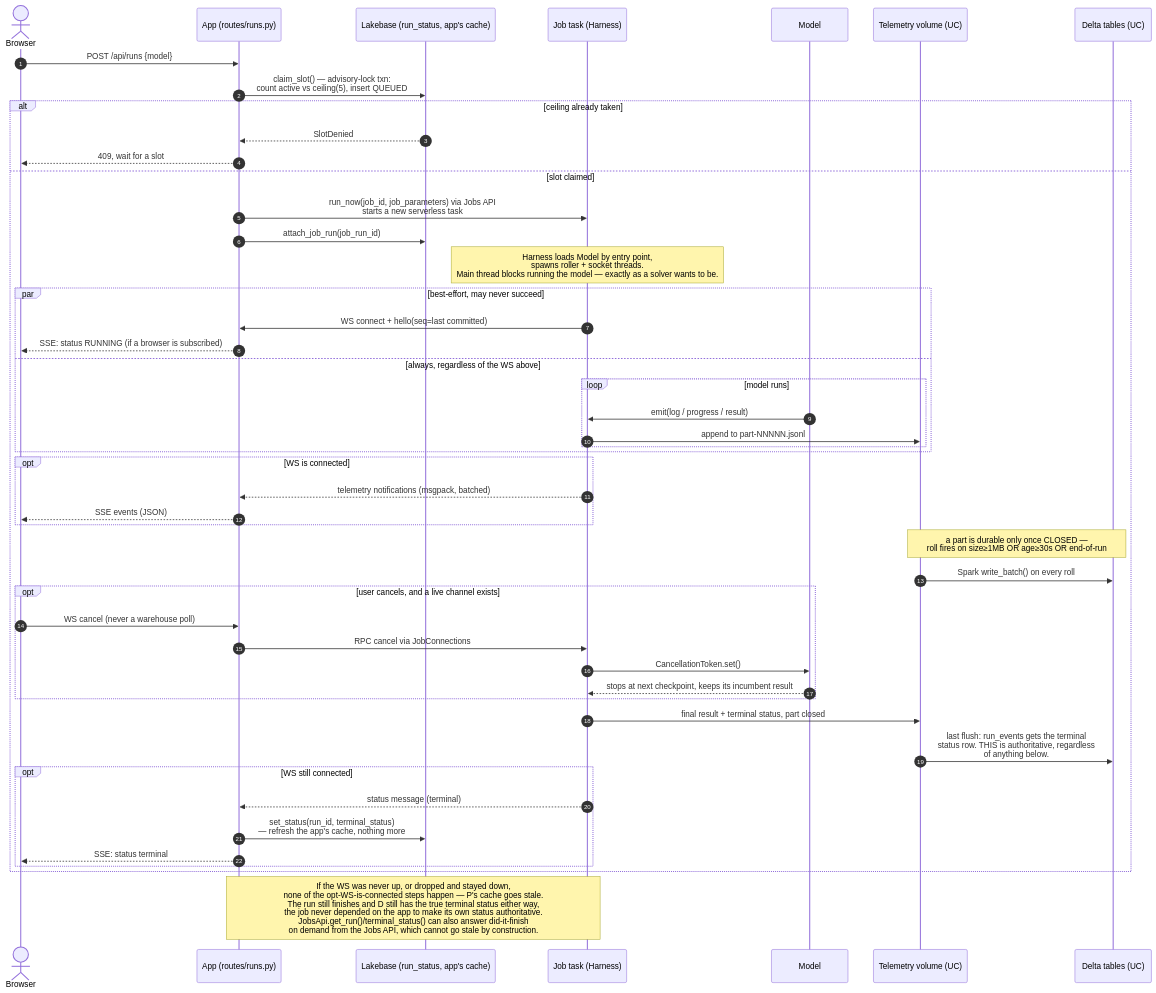
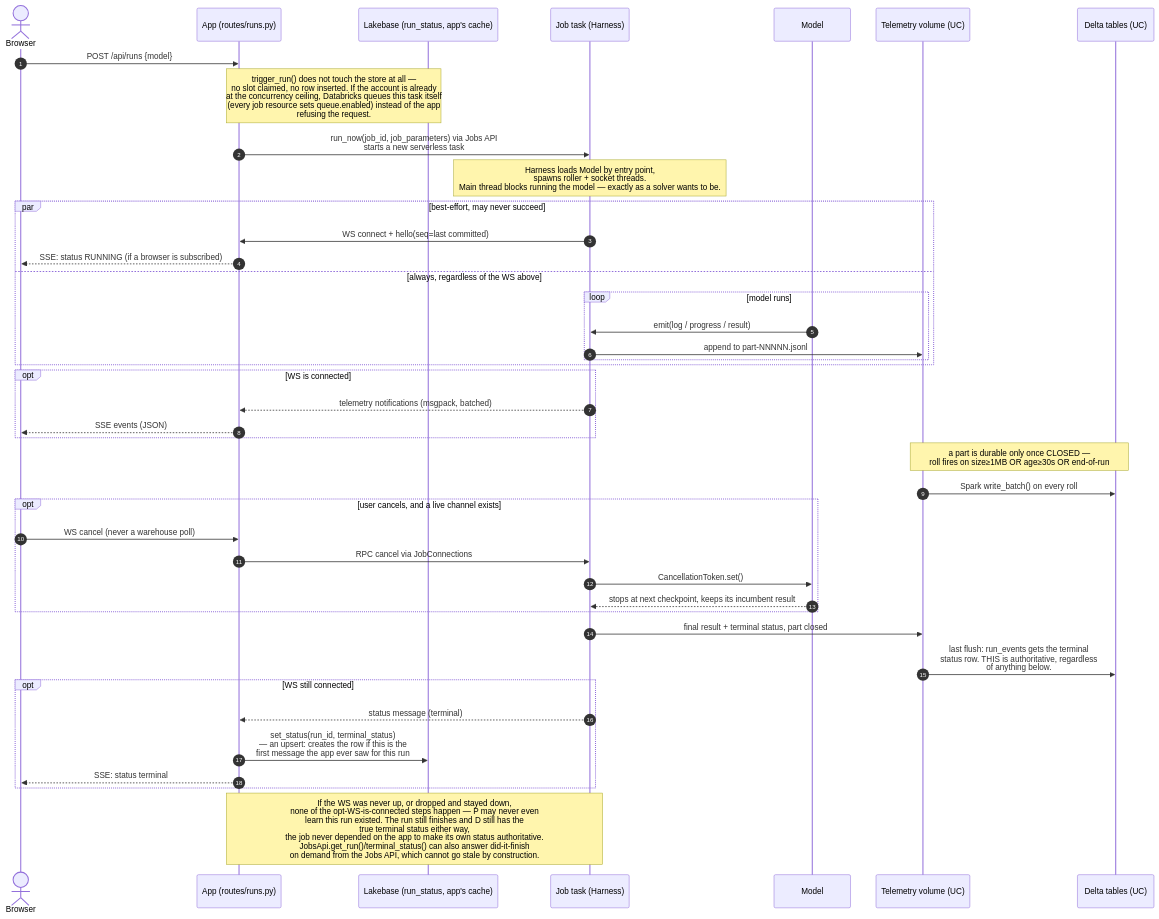
Before and after one commit to NoTouchingKids/DBX_leaning: the second of 3 diagrams in docs/architecture-diagram.md, drawn with Mermaid. The commit also changed other lines of this file and 3 other files, not shown here.

First line of the commit message:
Correct the ceiling story, align run-status docs with the v4 plan record

````diff
--- a/docs/architecture-diagram.md
+++ b/docs/architecture-diagram.md
@@ -170,51 +180,45 @@
 ```mermaid
 sequenceDiagram
     autonumber
     actor U as Browser
     participant A as App (routes/runs.py)
     participant P as Lakebase (run_status, app's cache)
     participant J as Job task (Harness)
     participant M as Model
     participant V as Telemetry volume (UC)
     participant D as Delta tables (UC)
 
     U->>A: POST /api/runs {model}
-    A->>P: claim_slot() — advisory-lock txn:<br/>count active vs ceiling(5), insert QUEUED
-    alt ceiling already taken
-        P-->>A: SlotDenied
-        A-->>U: 409, wait for a slot
-    else slot claimed
-        A->>J: run_now(job_id, job_parameters) via Jobs API<br/>starts a new serverless task
-        A->>P: attach_job_run(job_run_id)
-        Note over J: Harness loads Model by entry point,<br/>spawns roller + socket threads.<br/>Main thread blocks running the model — exactly as a solver wants to be.
-        par best-effort, may never succeed
-            J->>A: WS connect + hello(seq=last committed)
-            A-->>U: SSE: status RUNNING (if a browser is subscribed)
-        and always, regardless of the WS above
-            loop model runs
-                M->>J: emit(log / progress / result)
-                J->>V: append to part-NNNNN.jsonl
-            end
-        end
-        opt WS is connected
-            J-->>A: telemetry notifications (msgpack, batched)
-            A-->>U: SSE events (JSON)
-        end
-        Note over V,D: a part is durable only once CLOSED —<br/>roll fires on size≥1MB OR age≥30s OR end-of-run
-        V->>D: Spark write_batch() on every roll
-        opt user cancels, and a live channel exists
-            U->>A: WS cancel (never a warehouse poll)
-            A->>J: RPC cancel via JobConnections
-            J->>M: CancellationToken.set()
-            M-->>J: stops at next checkpoint, keeps its incumbent result
-        end
-        J->>V: final result + terminal status, part closed
-        V->>D: last flush: run_events gets the terminal<br/>status row. THIS is authoritative, regardless<br/>of anything below.
-        opt WS still connected
-            J-->>A: status message (terminal)
-            A->>P: set_status(run_id, terminal_status)<br/>— refresh the app's cache, nothing more
-            A-->>U: SSE: status terminal
+    Note over A,P: trigger_run() does not touch the store at all —<br/>no slot claimed, no row inserted. If the account is already<br/>at the concurrency ceiling, Databricks queues this task itself<br/>(every job resource sets queue.enabled) instead of the app<br/>refusing the request.
+    A->>J: run_now(job_id, job_parameters) via Jobs API<br/>starts a new serverless task
+    Note over J: Harness loads Model by entry point,<br/>spawns roller + socket threads.<br/>Main thread blocks running the model — exactly as a solver wants to be.
+    par best-effort, may never succeed
+        J->>A: WS connect + hello(seq=last committed)
+        A-->>U: SSE: status RUNNING (if a browser is subscribed)
+    and always, regardless of the WS above
+        loop model runs
+            M->>J: emit(log / progress / result)
+            J->>V: append to part-NNNNN.jsonl
         end
     end
-    Note over A,J: If the WS was never up, or dropped and stayed down,<br/>none of the opt-WS-is-connected steps happen — P's cache goes stale.<br/>The run still finishes and D still has the true terminal status either way,<br/>the job never depended on the app to make its own status authoritative.<br/>JobsApi.get_run()/terminal_status() can also answer did-it-finish<br/>on demand from the Jobs API, which cannot go stale by construction.
+    opt WS is connected
+        J-->>A: telemetry notifications (msgpack, batched)
+        A-->>U: SSE events (JSON)
+    end
+    Note over V,D: a part is durable only once CLOSED —<br/>roll fires on size≥1MB OR age≥30s OR end-of-run
+    V->>D: Spark write_batch() on every roll
+    opt user cancels, and a live channel exists
+        U->>A: WS cancel (never a warehouse poll)
+        A->>J: RPC cancel via JobConnections
+        J->>M: CancellationToken.set()
+        M-->>J: stops at next checkpoint, keeps its incumbent result
+    end
+    J->>V: final result + terminal status, part closed
+    V->>D: last flush: run_events gets the terminal<br/>status row. THIS is authoritative, regardless<br/>of anything below.
+    opt WS still connected
+        J-->>A: status message (terminal)
+        A->>P: set_status(run_id, terminal_status)<br/>— an upsert: creates the row if this is the<br/>first message the app ever saw for this run
+        A-->>U: SSE: status terminal
+    end
+    Note over A,J: If the WS was never up, or dropped and stayed down,<br/>none of the opt-WS-is-connected steps happen — P may never even<br/>learn this run existed. The run still finishes and D still has the<br/>true terminal status either way,<br/>the job never depended on the app to make its own status authoritative.<br/>JobsApi.get_run()/terminal_status() can also answer did-it-finish<br/>on demand from the Jobs API, which cannot go stale by construction.
 ```
````
